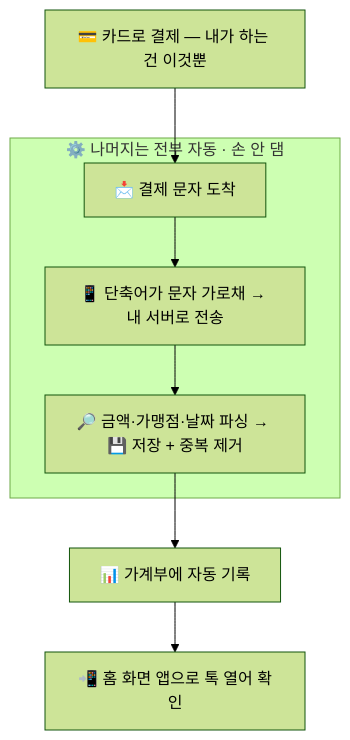
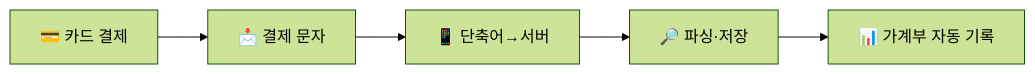
Before and after one commit to 000namc/auto-ledger: the diagram in README.md, drawn with Mermaid (forest theme). The commit also changed other lines of this file and 1 other file, not shown here.

Commit message:
docs: 흐름도 가로·콤팩트로 축소(서브그래프 제거), 미리보기는 카테고리 칩만(용도/결제자 제거)

````diff
--- a/README.md
+++ b/README.md
@@ -9,10 +9,4 @@
 ```mermaid
-flowchart TD
-    P["💳 카드로 결제 — 내가 하는 건 이것뿐"] --> M["📩 결제 문자 도착"]
-    subgraph AUTO["⚙️ 나머지는 전부 자동 · 손 안 댐"]
-      M --> SC["📱 단축어가 문자 가로채 → 내 서버로 전송"]
-      SC --> SV["🔎 금액·가맹점·날짜 파싱 → 💾 저장 + 중복 제거"]
-    end
-    SV --> DB["📊 가계부에 자동 기록"]
-    DB --> APP["📲 홈 화면 앱으로 톡 열어 확인"]
+flowchart LR
+    A["💳 카드 결제"] --> B["📩 결제 문자"] --> C["📱 단축어→서버"] --> D["🔎 파싱·저장"] --> E["📊 가계부 자동 기록"]
 ```
````
